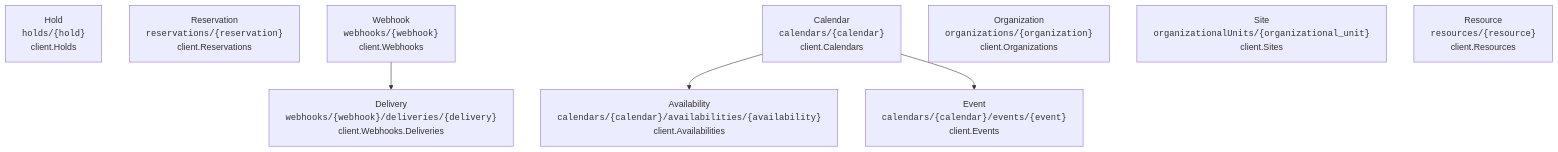
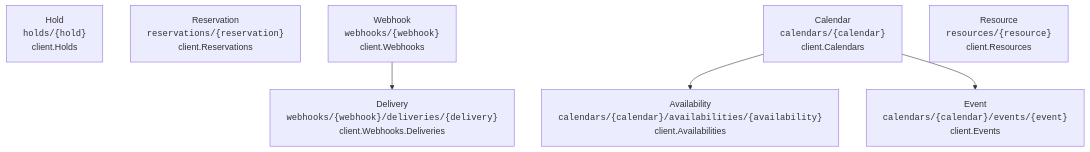
The second of 2 diagrams in README.md (oh-tarnished/freebusy-go-sdk), drawn with Mermaid before and after one commit. The commit also changed other lines of this file and 29 other files, not shown here.

First line of the commit message:
Remove organization and site service implementations

````diff
--- a/README.md
+++ b/README.md
@@ -122,16 +110,14 @@
 ```mermaid
 flowchart TD
   freebusy_allocation_v1_Hold["Hold<br/><code>holds/{hold}</code><br/>client.Holds"]
   freebusy_reservation_v1_Reservation["Reservation<br/><code>reservations/{reservation}</code><br/>client.Reservations"]
   freebusy_webhook_v1_Delivery["Delivery<br/><code>webhooks/{webhook}/deliveries/{delivery}</code><br/>client.Webhooks.Deliveries"]
   freebusy_webhook_v1_Webhook["Webhook<br/><code>webhooks/{webhook}</code><br/>client.Webhooks"]
   the_protobuf_project_org_Availability["Availability<br/><code>calendars/{calendar}/availabilities/{availability}</code><br/>client.Availabilities"]
   the_protobuf_project_org_Calendar["Calendar<br/><code>calendars/{calendar}</code><br/>client.Calendars"]
   the_protobuf_project_org_Event["Event<br/><code>calendars/{calendar}/events/{event}</code><br/>client.Events"]
-  the_protobuf_project_org_Organization["Organization<br/><code>organizations/{organization}</code><br/>client.Organizations"]
-  the_protobuf_project_org_OrganizationalUnit["Site<br/><code>organizationalUnits/{organizational_unit}</code><br/>client.Sites"]
   the_protobuf_project_org_Resource["Resource<br/><code>resources/{resource}</code><br/>client.Resources"]
   freebusy_webhook_v1_Webhook --> freebusy_webhook_v1_Delivery
   the_protobuf_project_org_Calendar --> the_protobuf_project_org_Availability
   the_protobuf_project_org_Calendar --> the_protobuf_project_org_Event
 ```
````
